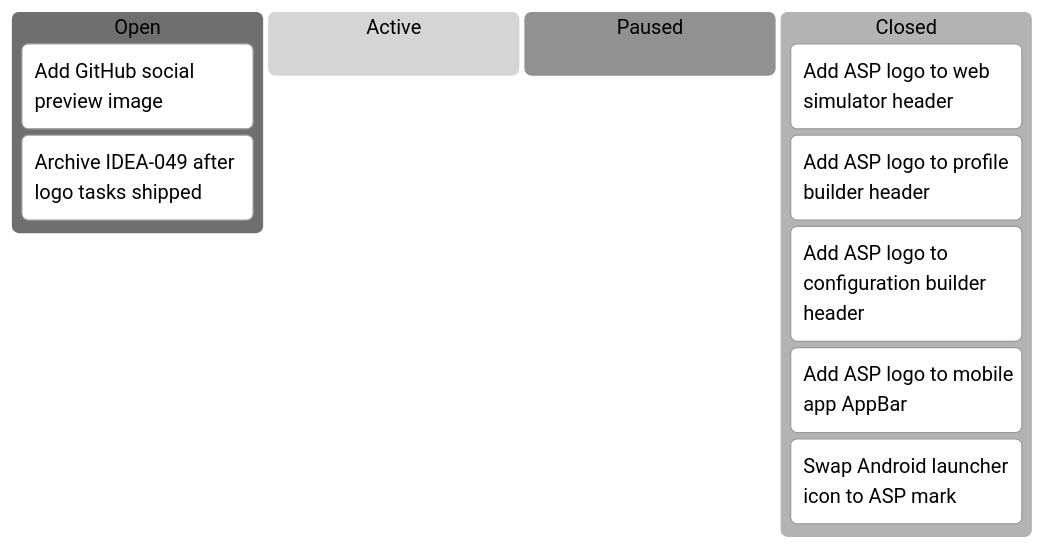
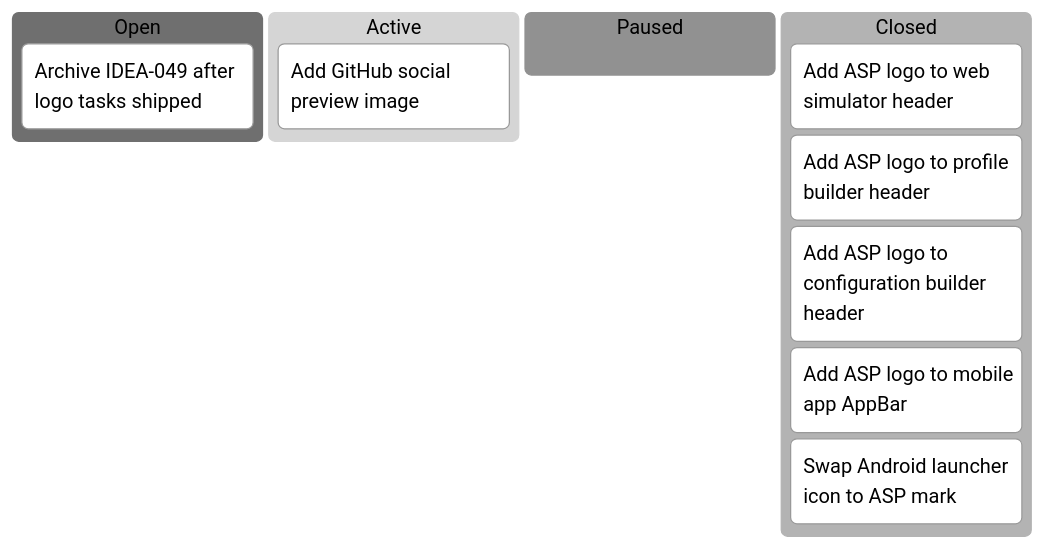
The fifth of 8 diagrams in docs/developers/tasks/KANBAN.md (tgd1975/AwesomeStudioPedal), drawn with Mermaid (neutral theme) before and after one commit. The commit also changed other lines of this file and 10 other files, not shown here.

Commit message:
feat(branding): add GitHub social preview image and og:image meta tags (TASK-343)

````diff
--- a/docs/developers/tasks/KANBAN.md
+++ b/docs/developers/tasks/KANBAN.md
@@ -82,14 +81,14 @@
 ```mermaid
 kanban
   Open
-    TASK_343["Add GitHub social preview image"]
     TASK_344["Archive IDEA-049 after logo tasks shipped"]
   Active
+    TASK_343["Add GitHub social preview image"]
   Paused
   Closed
     TASK_339["Add ASP logo to web simulator header"]
     TASK_340["Add ASP logo to profile builder header"]
     TASK_341["Add ASP logo to configuration builder header"]
     TASK_342["Add ASP logo to mobile app AppBar"]
     TASK_345["Swap Android launcher icon to ASP mark"]
 ```
````
